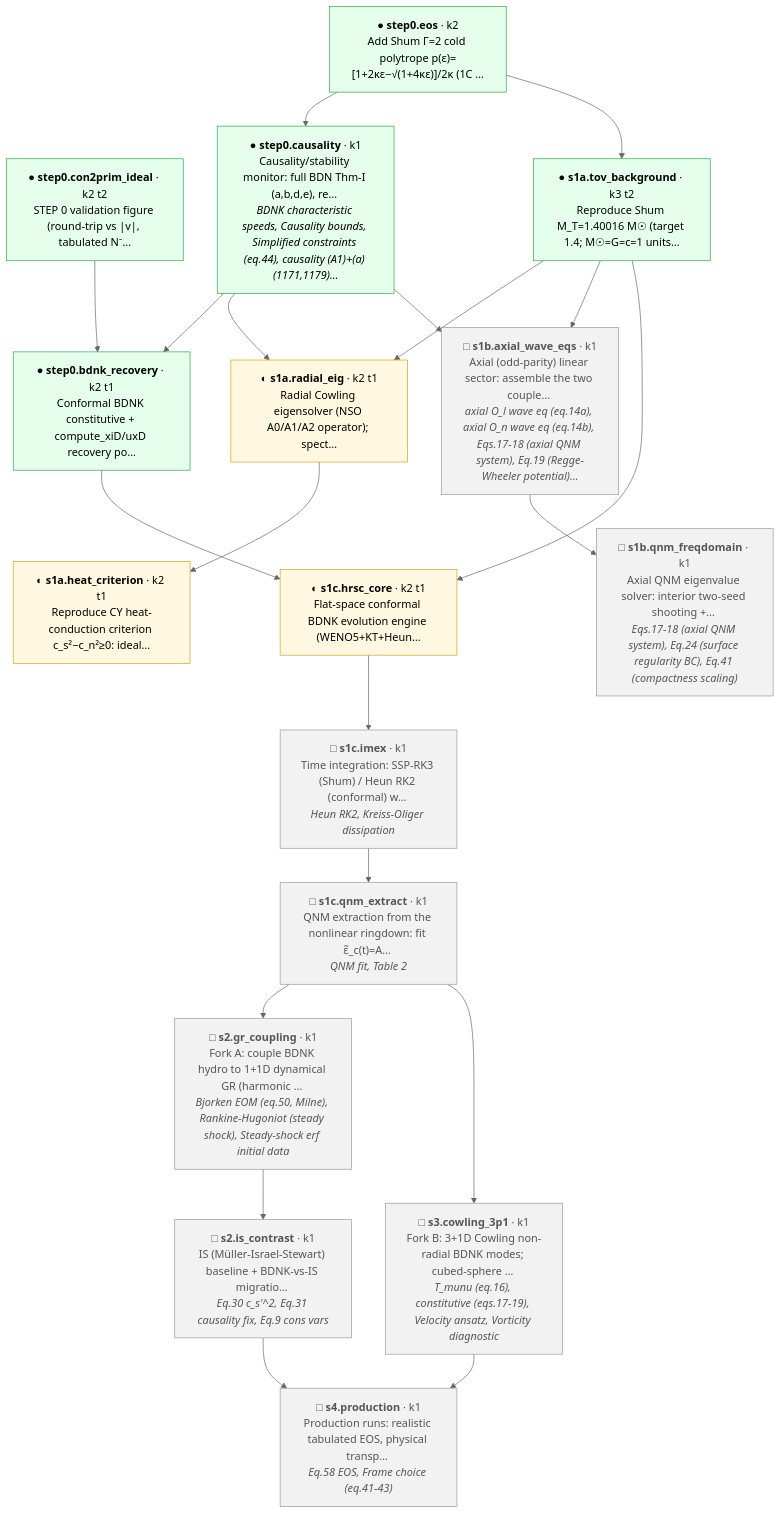
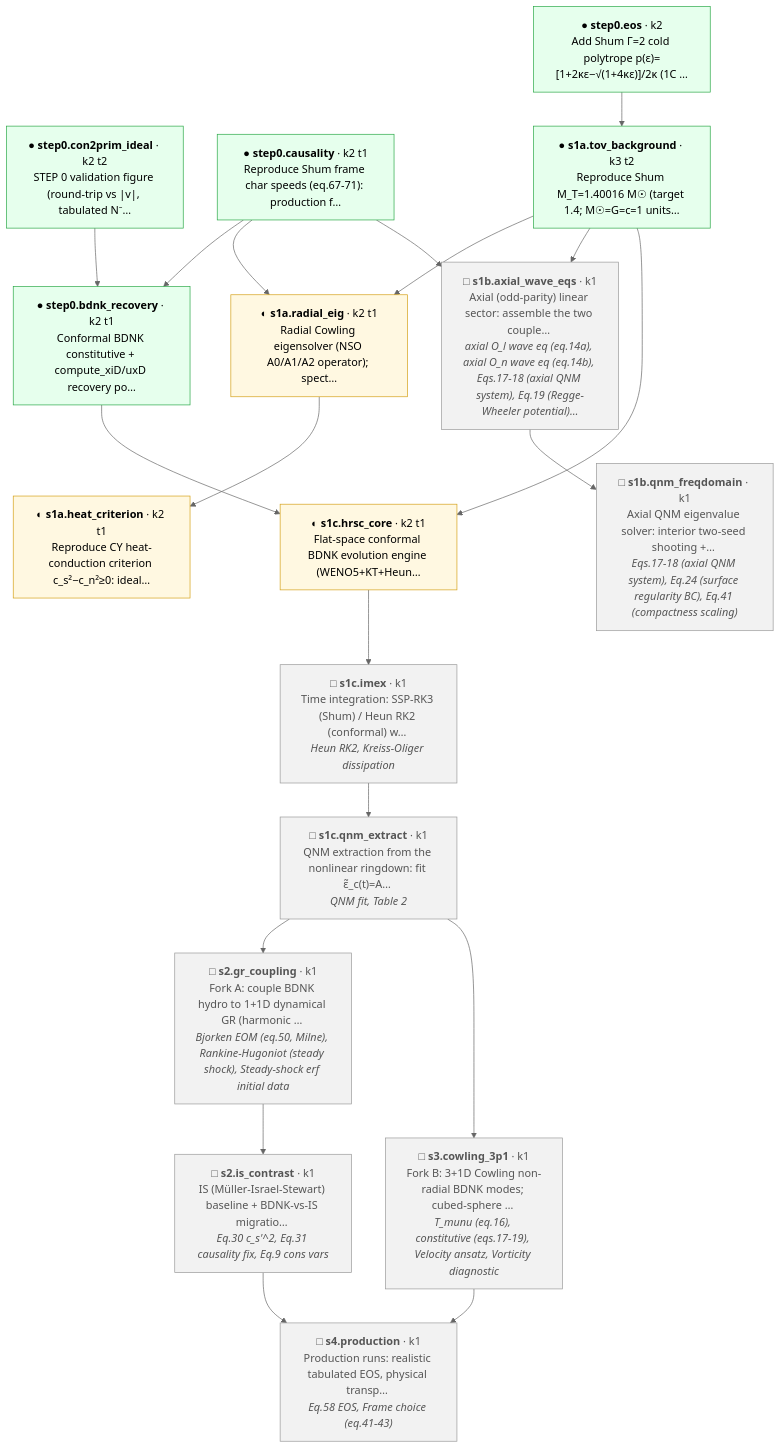
One commit to FoAKTEE/BDNK changed the diagram in progress/dag/project_dag.md. Above: the diagram before and after it, drawn with Mermaid (neutral theme). The commit also changed 8 other files, not shown here.

First line of the commit message:
feat(transport): reproduce Shum frame characteristic speeds (eq.67-71)

````diff
--- a/progress/dag/project_dag.md
+++ b/progress/dag/project_dag.md
@@ -5,44 +5,43 @@
 ```mermaid
 flowchart TD
   n_step0_eos["● <b>step0.eos</b> · k2<br/>Add Shum Γ=2 cold polytrope p(ε)=[1+2κε−√(1+4κε)]/2κ (1C …"]:::solid
   n_step0_con2prim_ideal["● <b>step0.con2prim_ideal</b> · k2 t2<br/>STEP 0 validation figure (round-trip vs |v|, tabulated N⁻…"]:::solid
-  n_step0_causality["● <b>step0.causality</b> · k1<br/>Causality/stability monitor: full BDN Thm-I (a,b,d,e), re… <br/><i>BDNK characteristic speeds, Causality bounds, Simplified constraints (eq.44), causality (A1)+(a) (1171,1179)…</i>"]:::solid
+  n_step0_causality["● <b>step0.causality</b> · k2 t1<br/>Reproduce Shum frame char speeds (eq.67-71): production f…"]:::solid
   n_step0_bdnk_recovery["● <b>step0.bdnk_recovery</b> · k2 t1<br/>Conformal BDNK constitutive + compute_xiD/uxD recovery po…"]:::solid
   n_s1a_tov_background["● <b>s1a.tov_background</b> · k3 t2<br/>Reproduce Shum M_T=1.40016 M☉ (target 1.4; M☉=G=c=1 units…"]:::solid
   n_s1a_radial_eig["◐ <b>s1a.radial_eig</b> · k2 t1<br/>Radial Cowling eigensolver (NSO A0/A1/A2 operator); spect…"]:::preliminary
   n_s1a_heat_criterion["◐ <b>s1a.heat_criterion</b> · k2 t1<br/>Reproduce CY heat-conduction criterion c_s²−c_n²≥0: ideal…"]:::preliminary
   n_s1b_axial_wave_eqs["□ <b>s1b.axial_wave_eqs</b> · k1<br/>Axial (odd-parity) linear sector: assemble the two couple… <br/><i>axial O_l wave eq (eq.14a), axial O_n wave eq (eq.14b), Eqs.17-18 (axial QNM system), Eq.19 (Regge-Wheeler potential)…</i>"]:::future
   n_s1b_qnm_freqdomain["□ <b>s1b.qnm_freqdomain</b> · k1<br/>Axial QNM eigenvalue solver: interior two-seed shooting +… <br/><i>Eqs.17-18 (axial QNM system), Eq.24 (surface regularity BC), Eq.41 (compactness scaling)</i>"]:::future
   n_s1c_hrsc_core["◐ <b>s1c.hrsc_core</b> · k2 t1<br/>Flat-space conformal BDNK evolution engine (WENO5+KT+Heun…"]:::preliminary
   n_s1c_imex["□ <b>s1c.imex</b> · k1<br/>Time integration: SSP-RK3 (Shum) / Heun RK2 (conformal) w… <br/><i>Heun RK2, Kreiss-Oliger dissipation</i>"]:::future
   n_s1c_qnm_extract["□ <b>s1c.qnm_extract</b> · k1<br/>QNM extraction from the nonlinear ringdown: fit ε̃_c(t)=A… <br/><i>QNM fit, Table 2</i>"]:::future
   n_s2_gr_coupling["□ <b>s2.gr_coupling</b> · k1<br/>Fork A: couple BDNK hydro to 1+1D dynamical GR (harmonic … <br/><i>Bjorken EOM (eq.50, Milne), Rankine-Hugoniot (steady shock), Steady-shock erf initial data</i>"]:::future
   n_s2_is_contrast["□ <b>s2.is_contrast</b> · k1<br/>IS (Müller-Israel-Stewart) baseline + BDNK-vs-IS migratio… <br/><i>Eq.30 c_s'^2, Eq.31 causality fix, Eq.9 cons vars</i>"]:::future
   n_s3_cowling_3p1["□ <b>s3.cowling_3p1</b> · k1<br/>Fork B: 3+1D Cowling non-radial BDNK modes; cubed-sphere … <br/><i>T_munu (eq.16), constitutive (eqs.17-19), Velocity ansatz, Vorticity diagnostic</i>"]:::future
   n_s4_production["□ <b>s4.production</b> · k1<br/>Production runs: realistic tabulated EOS, physical transp… <br/><i>Eq.58 EOS, Frame choice (eq.41-43)</i>"]:::future
-  n_step0_eos --> n_step0_causality
   n_step0_con2prim_ideal --> n_step0_bdnk_recovery
   n_step0_causality --> n_step0_bdnk_recovery
   n_step0_eos --> n_s1a_tov_background
   n_s1a_tov_background --> n_s1a_radial_eig
   n_step0_causality --> n_s1a_radial_eig
   n_s1a_radial_eig --> n_s1a_heat_criterion
   n_s1a_tov_background --> n_s1b_axial_wave_eqs
   n_step0_causality --> n_s1b_axial_wave_eqs
   n_s1b_axial_wave_eqs --> n_s1b_qnm_freqdomain
   n_step0_bdnk_recovery --> n_s1c_hrsc_core
   n_s1a_tov_background --> n_s1c_hrsc_core
   n_s1c_hrsc_core --> n_s1c_imex
   n_s1c_imex --> n_s1c_qnm_extract
   n_s1c_qnm_extract --> n_s2_gr_coupling
   n_s2_gr_coupling --> n_s2_is_contrast
   n_s1c_qnm_extract --> n_s3_cowling_3p1
   n_s2_is_contrast --> n_s4_production
   n_s3_cowling_3p1 --> n_s4_production
   classDef solid fill:#e6ffed,stroke:#28a745,color:#000;
   classDef preliminary fill:#fff8e1,stroke:#d4a017,color:#000;
   classDef hypothesis fill:#e7f0ff,stroke:#4977c7,color:#000;
   classDef blocking fill:#ffe3e3,stroke:#d33,color:#000;
   classDef future fill:#f2f2f2,stroke:#999,color:#555;
   classDef amended fill:#f0f0f0,stroke:#aaa,color:#888;
 ```
````
